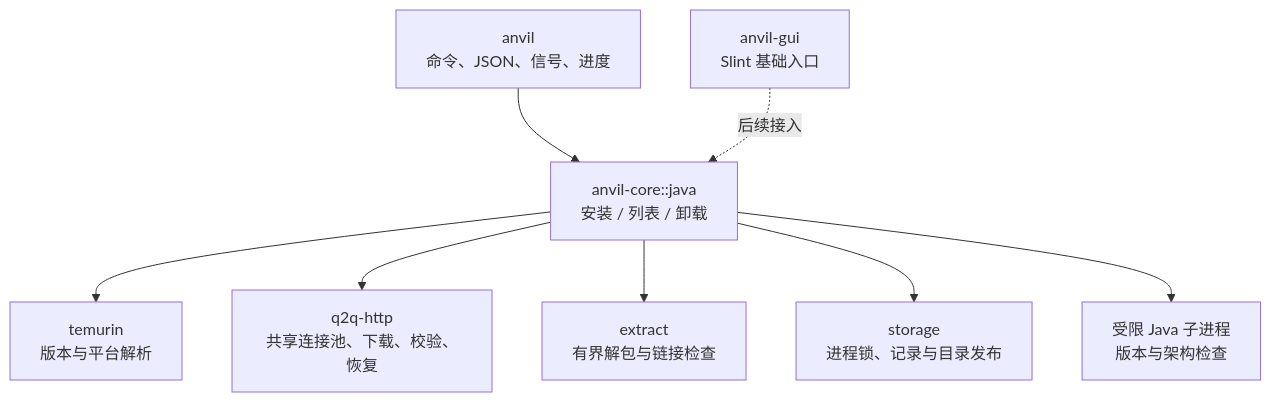
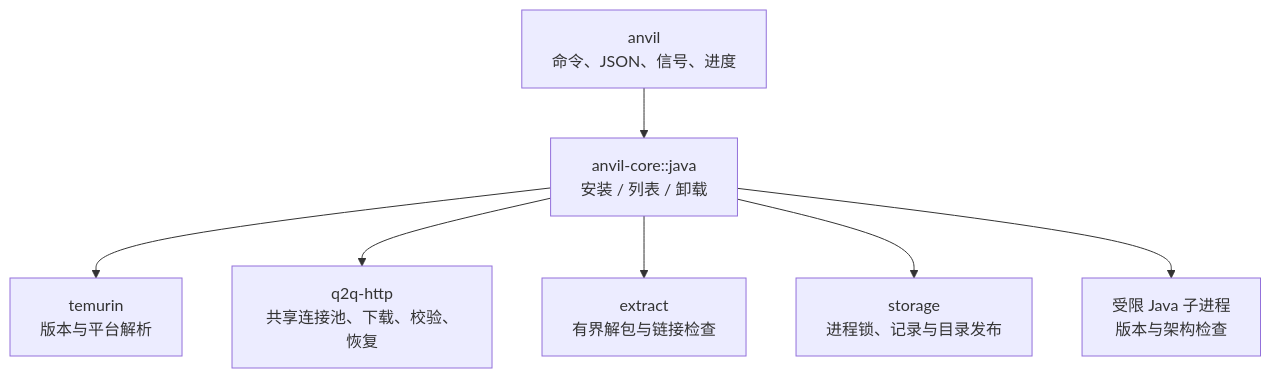
The diagram in todos/java-management.md (mivinci/Anvil), drawn with Mermaid before and after one commit. The commit also changed other lines of this file and 36 other files, not shown here.

````diff
--- a/todos/java-management.md
+++ b/todos/java-management.md
@@ -7,10 +7,9 @@
 ```mermaid
 flowchart TD
     CLI["anvil\n命令、JSON、信号、进度"] --> Java["anvil-core::java\n安装 / 列表 / 卸载"]
-    GUI["anvil-gui\nSlint 基础入口"] -. 后续接入 .-> Java
     Java --> Provider["temurin\n版本与平台解析"]
     Java --> HTTP["q2q-http\n共享连接池、下载、校验、恢复"]
     Java --> Extract["extract\n有界解包与链接检查"]
     Java --> Storage["storage\n进程锁、记录与目录发布"]
     Java --> Probe["受限 Java 子进程\n版本与架构检查"]
 ```
````
